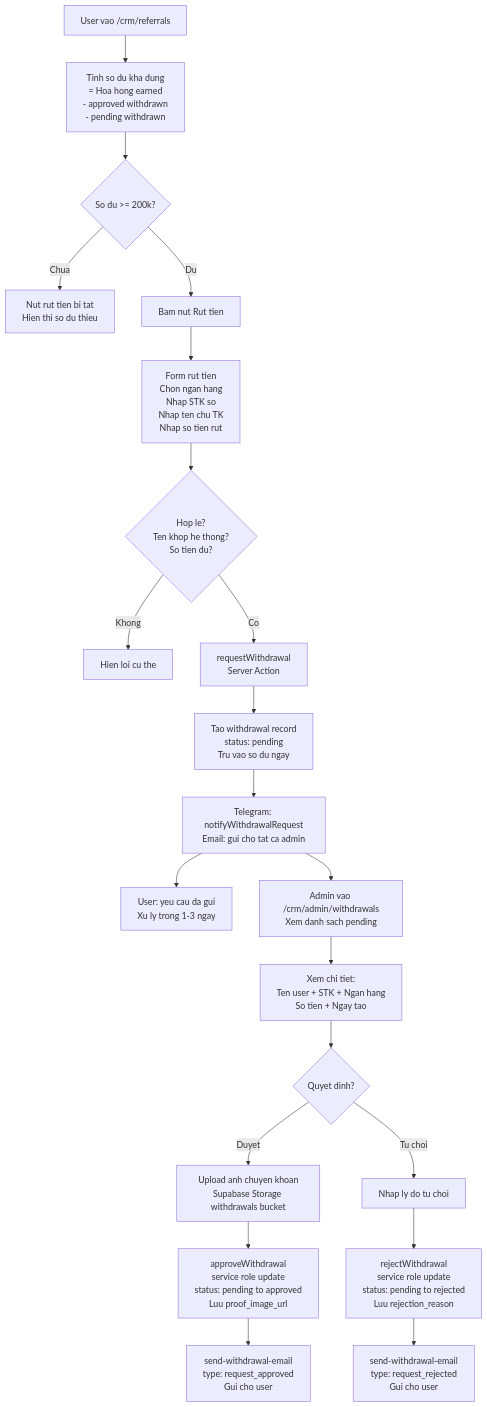
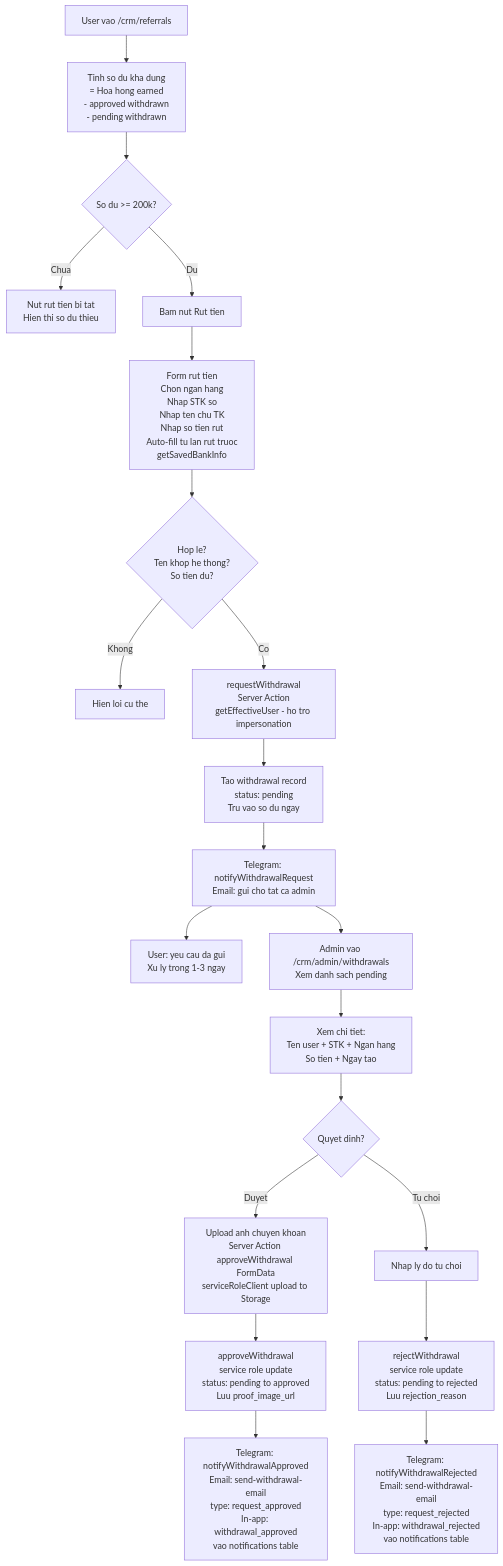
The sixth of 9 diagrams in docs/userflow.md (deptrai/dainganxanh), drawn with Mermaid before and after one commit. The commit also changed other lines of this file and 4 other files, not shown here.

First line of the commit message:
test: update unit tests and docs for withdrawal flow changes

````diff
--- a/docs/userflow.md
+++ b/docs/userflow.md
@@ -211,30 +211,30 @@
 ```mermaid
 flowchart TD
     UserRef[User vao /crm/referrals] --> BalanceCalc[Tinh so du kha dung<br>= Hoa hong earned<br>- approved withdrawn<br>- pending withdrawn]
 
     BalanceCalc --> BalanceCheck{So du >= 200k?}
     BalanceCheck -->|Chua| Disabled[Nut rut tien bi tat<br>Hien thi so du thieu]
     BalanceCheck -->|Du| WithdrawBtn[Bam nut Rut tien]
 
-    WithdrawBtn --> WithdrawForm[Form rut tien<br>Chon ngan hang<br>Nhap STK so<br>Nhap ten chu TK<br>Nhap so tien rut]
+    WithdrawBtn --> WithdrawForm[Form rut tien<br>Chon ngan hang<br>Nhap STK so<br>Nhap ten chu TK<br>Nhap so tien rut<br>Auto-fill tu lan rut truoc<br>getSavedBankInfo]
 
     WithdrawForm --> Validate{Hop le?<br>Ten khop he thong?<br>So tien du?}
     Validate -->|Khong| ShowError[Hien loi cu the]
-    Validate -->|Co| Submit[requestWithdrawal<br>Server Action]
+    Validate -->|Co| Submit[requestWithdrawal<br>Server Action<br>getEffectiveUser - ho tro impersonation]
 
     Submit --> CreateRecord[Tao withdrawal record<br>status: pending<br>Tru vao so du ngay]
     CreateRecord --> NotifyAdmin[Telegram: notifyWithdrawalRequest<br>Email: gui cho tat ca admin]
     NotifyAdmin --> UserNotified[User: yeu cau da gui<br>Xu ly trong 1-3 ngay]
 
     NotifyAdmin --> AdminReview[Admin vao /crm/admin/withdrawals<br>Xem danh sach pending]
     AdminReview --> ReviewDetail[Xem chi tiet:<br>Ten user + STK + Ngan hang<br>So tien + Ngay tao]
     ReviewDetail --> AdminDecision{Quyet dinh?}
 
-    AdminDecision -->|Duyet| UploadProof[Upload anh chuyen khoan<br>Supabase Storage withdrawals bucket]
+    AdminDecision -->|Duyet| UploadProof[Upload anh chuyen khoan<br>Server Action approveWithdrawal FormData<br>serviceRoleClient upload to Storage]
     UploadProof --> ApproveAction[approveWithdrawal<br>service role update<br>status: pending to approved<br>Luu proof_image_url]
-    ApproveAction --> EmailApproved[send-withdrawal-email<br>type: request_approved<br>Gui cho user]
+    ApproveAction --> NotifyApproved[Telegram: notifyWithdrawalApproved<br>Email: send-withdrawal-email<br>type: request_approved<br>In-app: withdrawal_approved<br>vao notifications table]
 
     AdminDecision -->|Tu choi| EnterReason[Nhap ly do tu choi]
     EnterReason --> RejectAction[rejectWithdrawal<br>service role update<br>status: pending to rejected<br>Luu rejection_reason]
-    RejectAction --> EmailRejected[send-withdrawal-email<br>type: request_rejected<br>Gui cho user]
+    RejectAction --> NotifyRejected[Telegram: notifyWithdrawalRejected<br>Email: send-withdrawal-email<br>type: request_rejected<br>In-app: withdrawal_rejected<br>vao notifications table]
 ```
````
